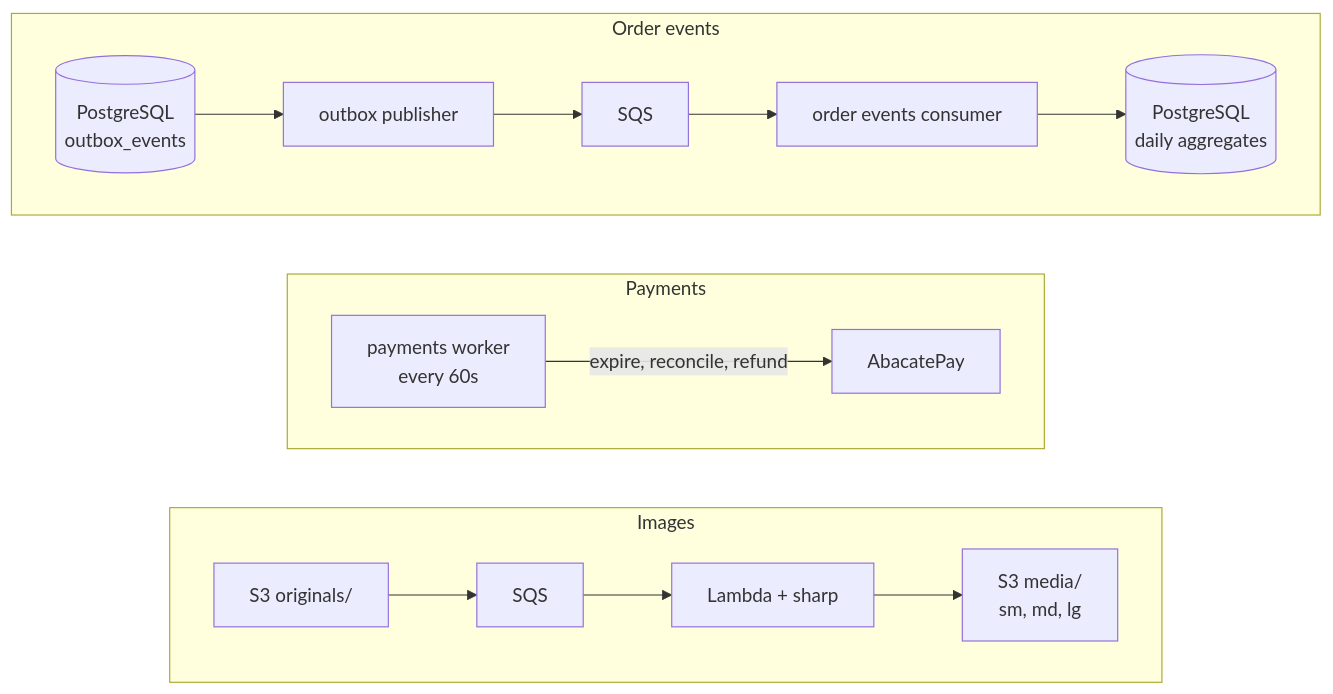
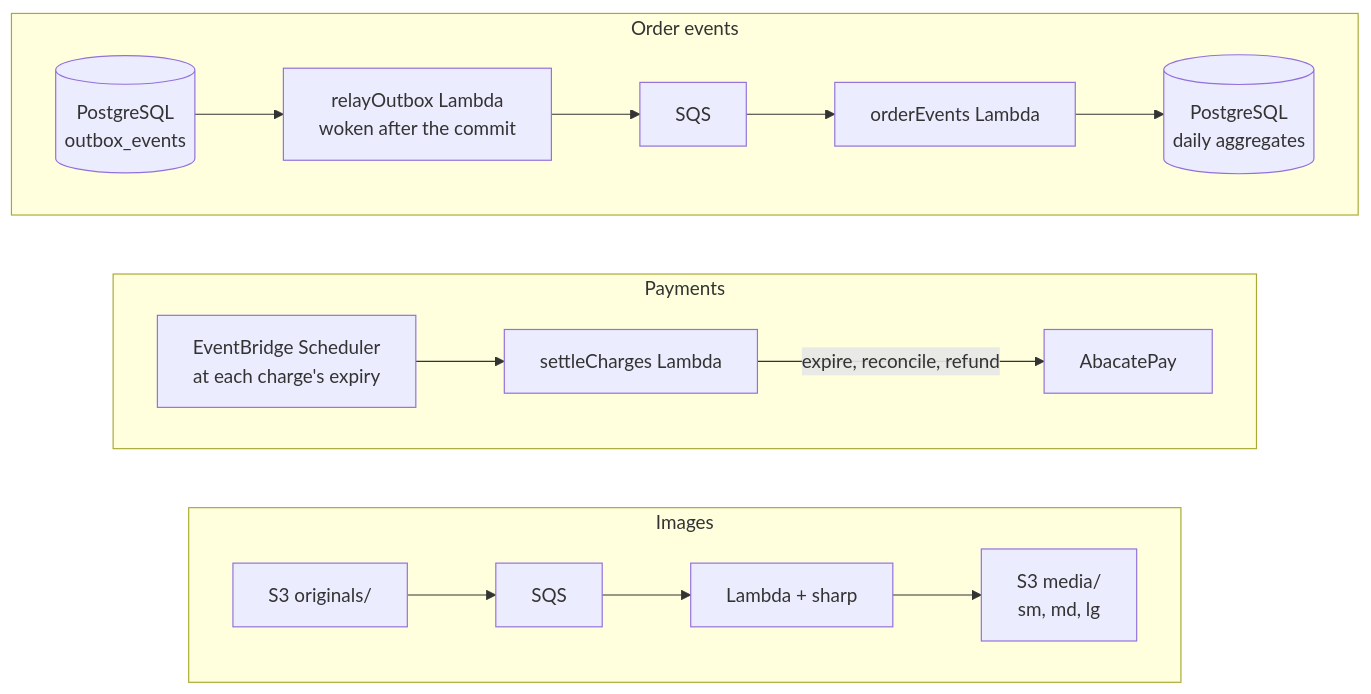
Before and after one commit to pedrohdionisio/myfood-api: the second of 3 diagrams in README.md, drawn with Mermaid. The commit also changed other lines of this file and 39 other files, not shown here.

````diff
--- a/README.md
+++ b/README.md
@@ -75,17 +75,17 @@
 ```mermaid
 flowchart LR
     subgraph images["Images"]
         direction LR
         s3a["S3 originals/"] --> sqs2["SQS"] --> lambda["Lambda + sharp"] --> s3b["S3 media/<br/>sm, md, lg"]
     end
 
     subgraph payments["Payments"]
         direction LR
-        sweeper["payments worker<br/>every 60s"] -->|"expire, reconcile, refund"| abacate["AbacatePay"]
+        scheduler["EventBridge Scheduler<br/>at each charge's expiry"] --> settle["settleCharges Lambda"] -->|"expire, reconcile, refund"| abacate["AbacatePay"]
     end
 
     subgraph events["Order events"]
         direction LR
-        pg1[("PostgreSQL<br/>outbox_events")] --> outbox["outbox publisher"] --> sqs1["SQS"] --> consumer["order events consumer"] --> pg2[("PostgreSQL<br/>daily aggregates")]
+        pg1[("PostgreSQL<br/>outbox_events")] --> outbox["relayOutbox Lambda<br/>woken after the commit"] --> sqs1["SQS"] --> consumer["orderEvents Lambda"] --> pg2[("PostgreSQL<br/>daily aggregates")]
     end
 ```
````
